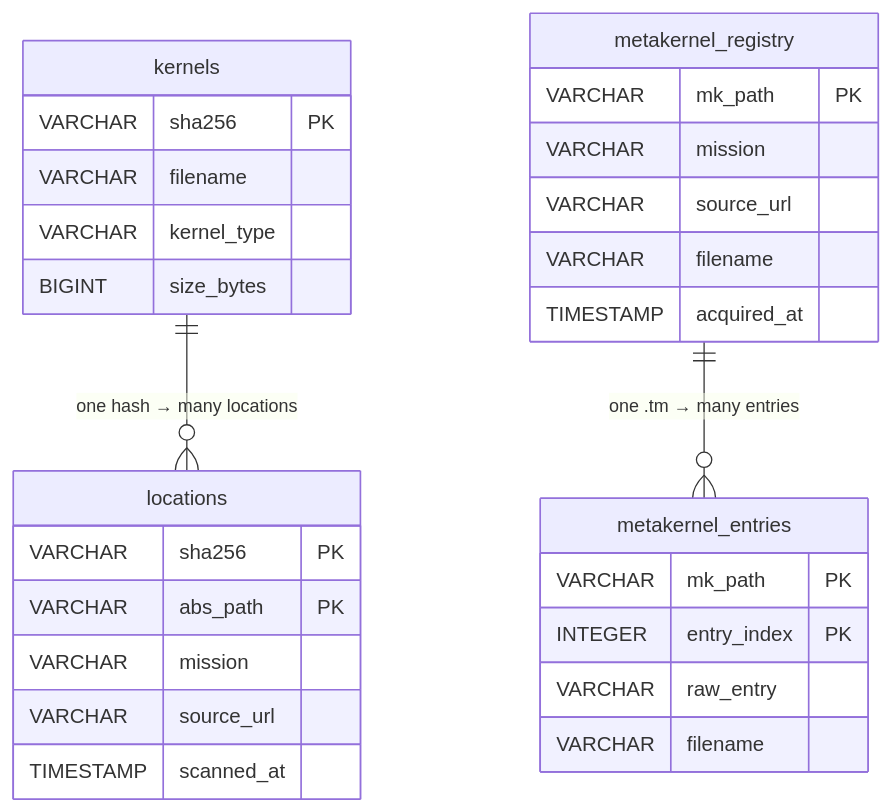
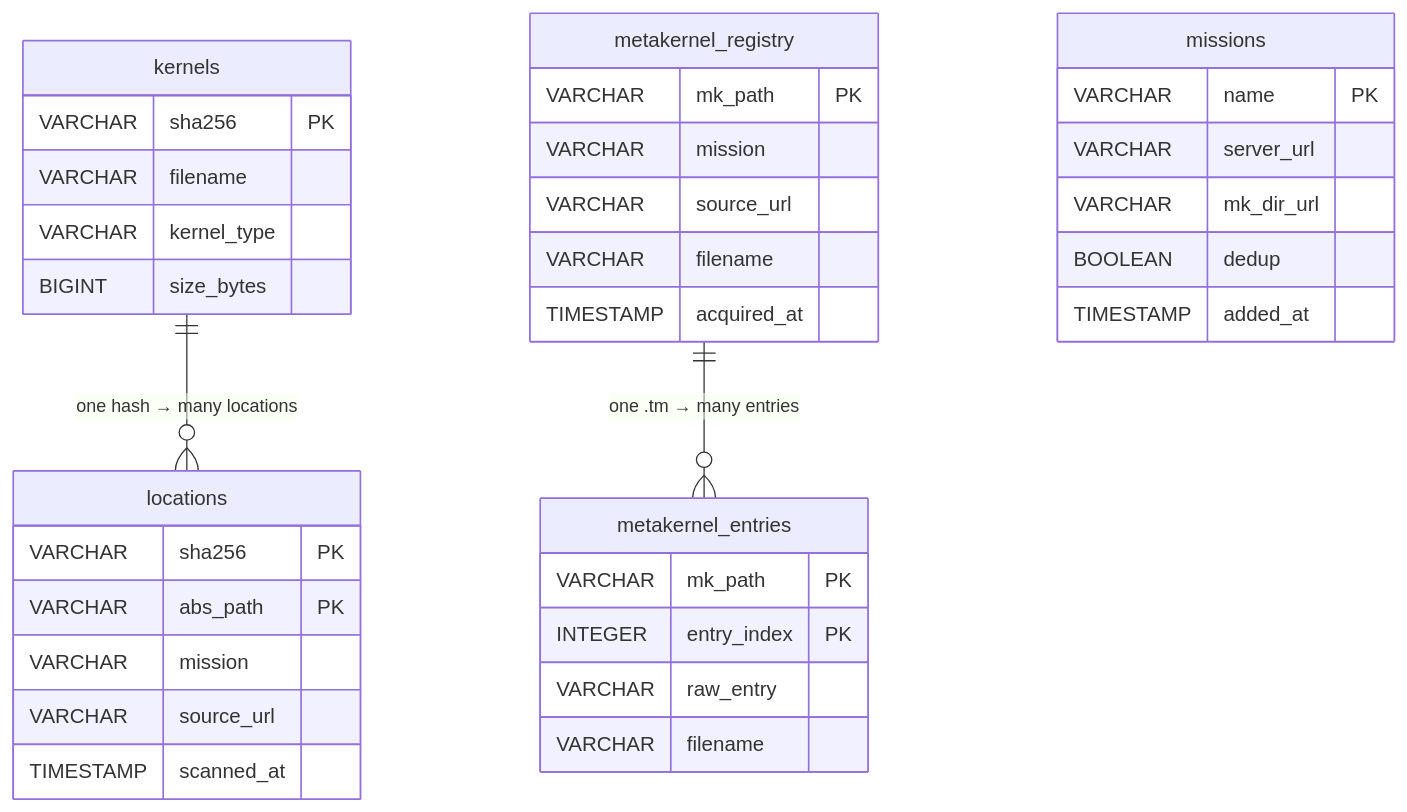
One commit to michaelaye/spice-kernel-db changed the first of 2 diagrams in docs/design.qmd. Above: the diagram before and after it, drawn with Mermaid. The commit also changed other lines of this file and 16 other files, not shown here.

````diff
--- a/docs/design.qmd
+++ b/docs/design.qmd
@@ -10,31 +10,38 @@
 ```{mermaid}
 erDiagram
     kernels {
         VARCHAR sha256 PK
         VARCHAR filename
         VARCHAR kernel_type
         BIGINT size_bytes
     }
     locations {
         VARCHAR sha256 PK
         VARCHAR abs_path PK
         VARCHAR mission
         VARCHAR source_url
         TIMESTAMP scanned_at
     }
     metakernel_entries {
         VARCHAR mk_path PK
         INTEGER entry_index PK
         VARCHAR raw_entry
         VARCHAR filename
     }
     metakernel_registry {
         VARCHAR mk_path PK
         VARCHAR mission
         VARCHAR source_url
         VARCHAR filename
         TIMESTAMP acquired_at
     }
+    missions {
+        VARCHAR name PK
+        VARCHAR server_url
+        VARCHAR mk_dir_url
+        BOOLEAN dedup
+        TIMESTAMP added_at
+    }
     kernels ||--o{ locations : "one hash → many locations"
     metakernel_registry ||--o{ metakernel_entries : "one .tm → many entries"
 ```
````
